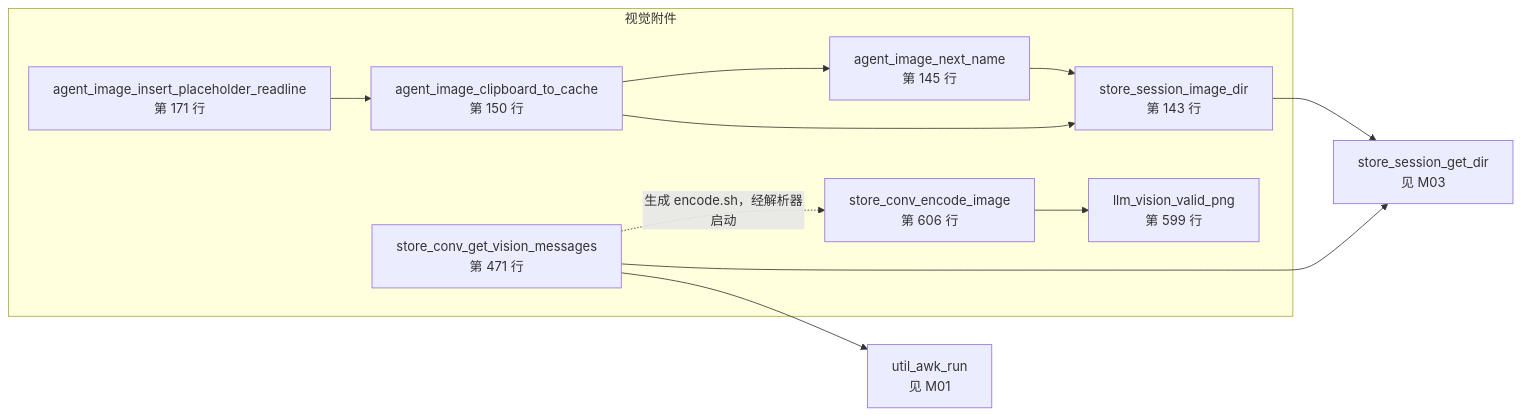
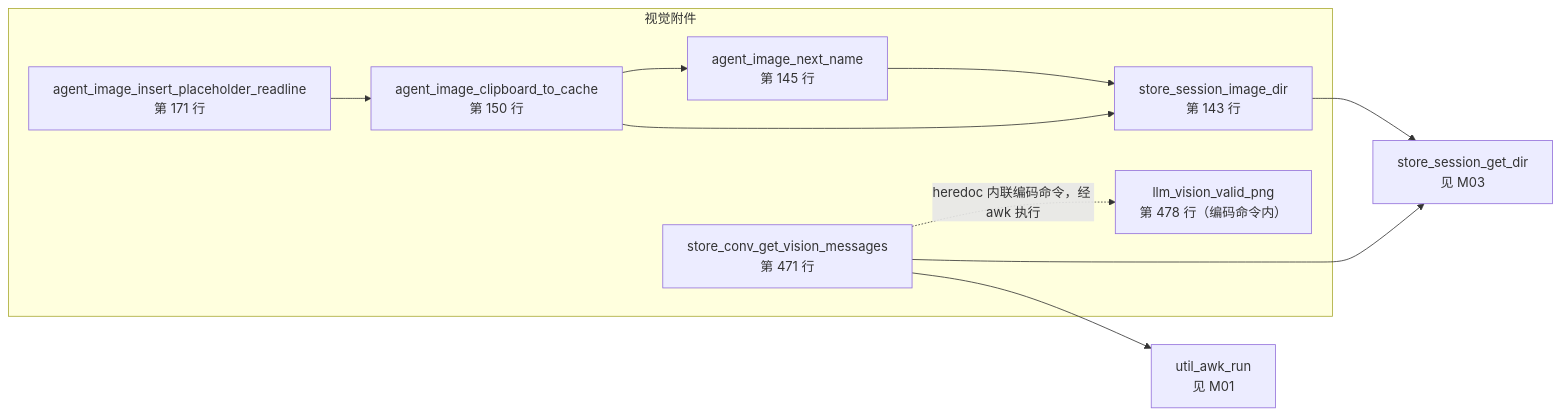
Before and after one commit to lloydzhou/bash-agent: the seventh of 15 diagrams in docs/bash-data-flow.md, drawn with Mermaid. The commit also changed other lines of this file and 3 other files, not shown here.

````diff
--- a/docs/bash-data-flow.md
+++ b/docs/bash-data-flow.md
@@ -257,23 +257,21 @@
 ```mermaid
 flowchart LR
   subgraph mod_5["视觉附件"]
     f_store_session_image_dir["store_session_image_dir<br/>第 143 行"]
     f_agent_image_next_name["agent_image_next_name<br/>第 145 行"]
     f_agent_image_clipboard_to_cache["agent_image_clipboard_to_cache<br/>第 150 行"]
     f_agent_image_insert_placeholder_readline["agent_image_insert_placeholder_readline<br/>第 171 行"]
     f_store_conv_get_vision_messages["store_conv_get_vision_messages<br/>第 471 行"]
-    f_llm_vision_valid_png["llm_vision_valid_png<br/>第 599 行"]
-    f_store_conv_encode_image["store_conv_encode_image<br/>第 606 行"]
+    f_llm_vision_valid_png["llm_vision_valid_png<br/>第 478 行（编码命令内）"]
   end
   f_store_session_get_dir["store_session_get_dir<br/>见 M03"]
   f_util_awk_run["util_awk_run<br/>见 M01"]
   f_store_session_image_dir --> f_store_session_get_dir
   f_agent_image_next_name --> f_store_session_image_dir
   f_agent_image_clipboard_to_cache --> f_agent_image_next_name
   f_agent_image_clipboard_to_cache --> f_store_session_image_dir
   f_agent_image_insert_placeholder_readline --> f_agent_image_clipboard_to_cache
   f_store_conv_get_vision_messages --> f_store_session_get_dir
   f_store_conv_get_vision_messages --> f_util_awk_run
-  f_store_conv_encode_image --> f_llm_vision_valid_png
-  f_store_conv_get_vision_messages -.->|生成 encode.sh，经解析器启动| f_store_conv_encode_image
+  f_store_conv_get_vision_messages -.->|heredoc 内联编码命令，经 awk 执行| f_llm_vision_valid_png
 ```
````
